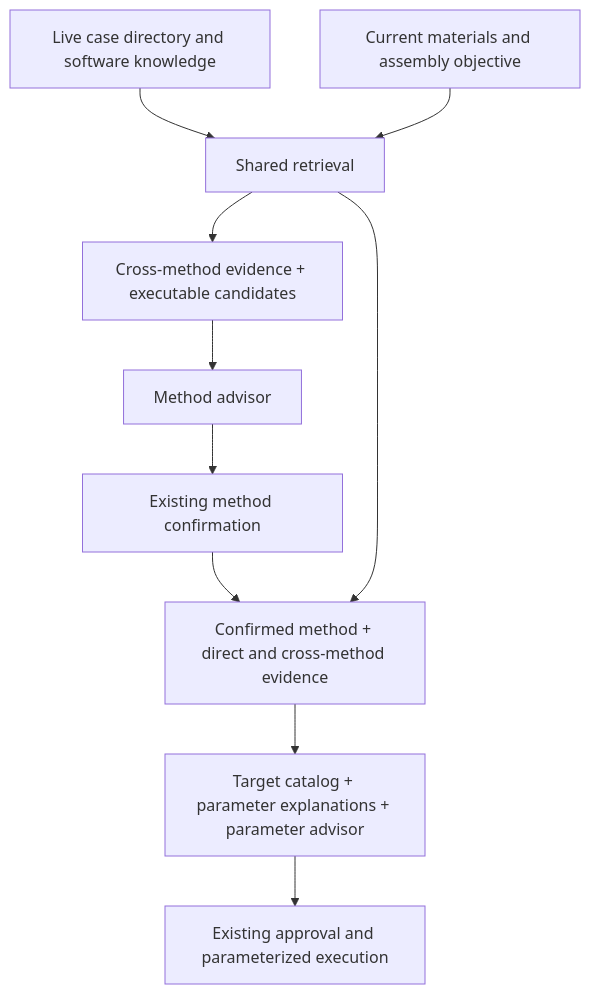
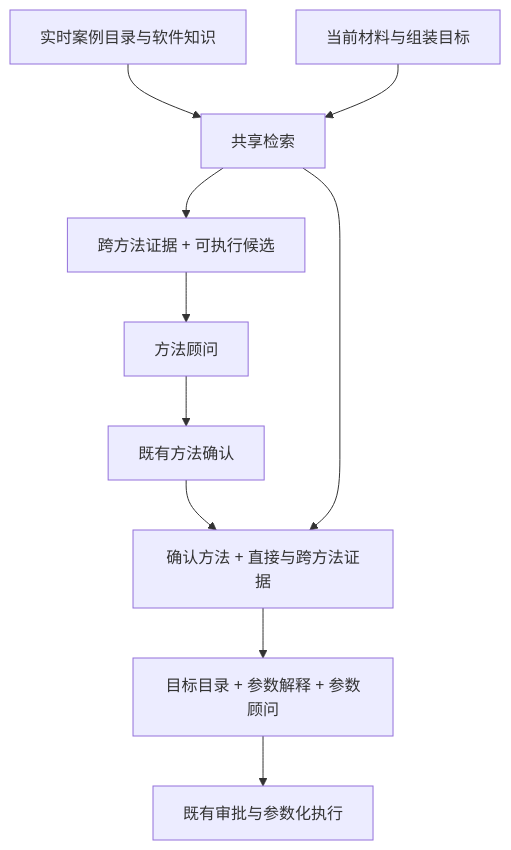
One commit to lux-666/genevis changed the diagram in docs/architecture/reference/casepack.md. Above: the diagram before and after it, drawn with Mermaid. The commit also changed other lines of this file and 76 other files, not shown here.

First line of the commit message:
refactor: close legacy paths and align Chinese architecture docs

````diff
--- a/docs/architecture/reference/casepack.md
+++ b/docs/architecture/reference/casepack.md
@@ -236,12 +104,12 @@
 ```mermaid
 flowchart TD
-    C["Live case directory and software knowledge"] --> R["Shared retrieval"]
-    Q["Current materials and assembly objective"] --> R
-    R --> M["Cross-method evidence + executable candidates"]
-    M --> A["Method advisor"]
-    A --> H["Existing method confirmation"]
-    H --> P["Confirmed method + direct and cross-method evidence"]
+    C["实时案例目录与软件知识"] --> R["共享检索"]
+    Q["当前材料与组装目标"] --> R
+    R --> M["跨方法证据 + 可执行候选"]
+    M --> A["方法顾问"]
+    A --> H["既有方法确认"]
+    H --> P["确认方法 + 直接与跨方法证据"]
     R --> P
-    P --> L["Target catalog + parameter explanations + parameter advisor"]
-    L --> E["Existing approval and parameterized execution"]
+    P --> L["目标目录 + 参数解释 + 参数顾问"]
+    L --> E["既有审批与参数化执行"]
 ```
````
